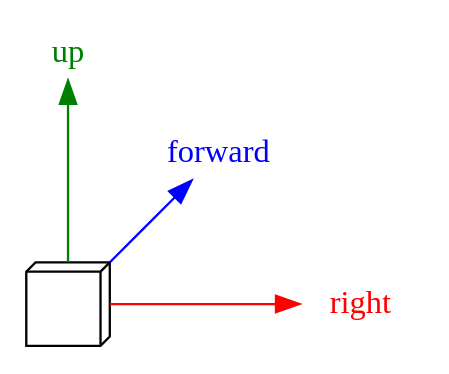
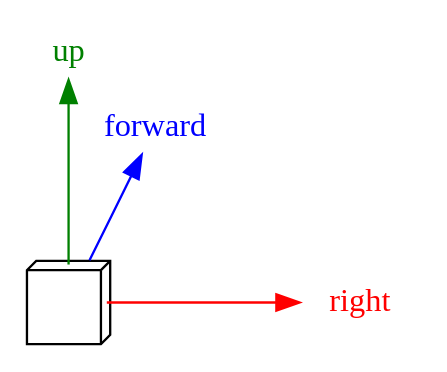
The third of 16 diagrams in HorizonTechnicalDoc.md (MHCPCreators/horizonCreatorManual), drawn with Graphviz before and after one commit. The commit also changed other lines of this file and 3 other files, not shown here.

````diff
--- a/HorizonTechnicalDoc.md
+++ b/HorizonTechnicalDoc.md
@@ -651,14 +651,18 @@
     ```graphviz {align="center"}
     digraph {
       layout=neato
 
       O [pos="0,0!" shape=box3d width=0.5 label=""]
       X [pos="1.75,0!" width=0 height=0 shape=none fontcolor=red label=right]
       Y [pos="0,1.5!" width=0 height=0 shape=none fontcolor=green label=up]
-      Z [pos="0.9,0.9!" width=0 height=0 shape=none fontcolor=blue label=forward]
+      Z [pos="0.52,1.05!" width=0 height=0 shape=none fontcolor=blue label=forward]
 
-      O -> X [color="red"]
-      O -> Y [color="green"]
+      X2 [pos="0.22,0!" width=0 height=0 shape=none fontcolor=red label=""]
+
+      Y2 [pos="0,0.22!" width=0 height=0 shape=none fontcolor=green label=""]
+
+      X2 -> X [color="red"]
+      Y2 -> Y [color="green"]
       O -> Z [color="blue"]
     }
     ```
````
